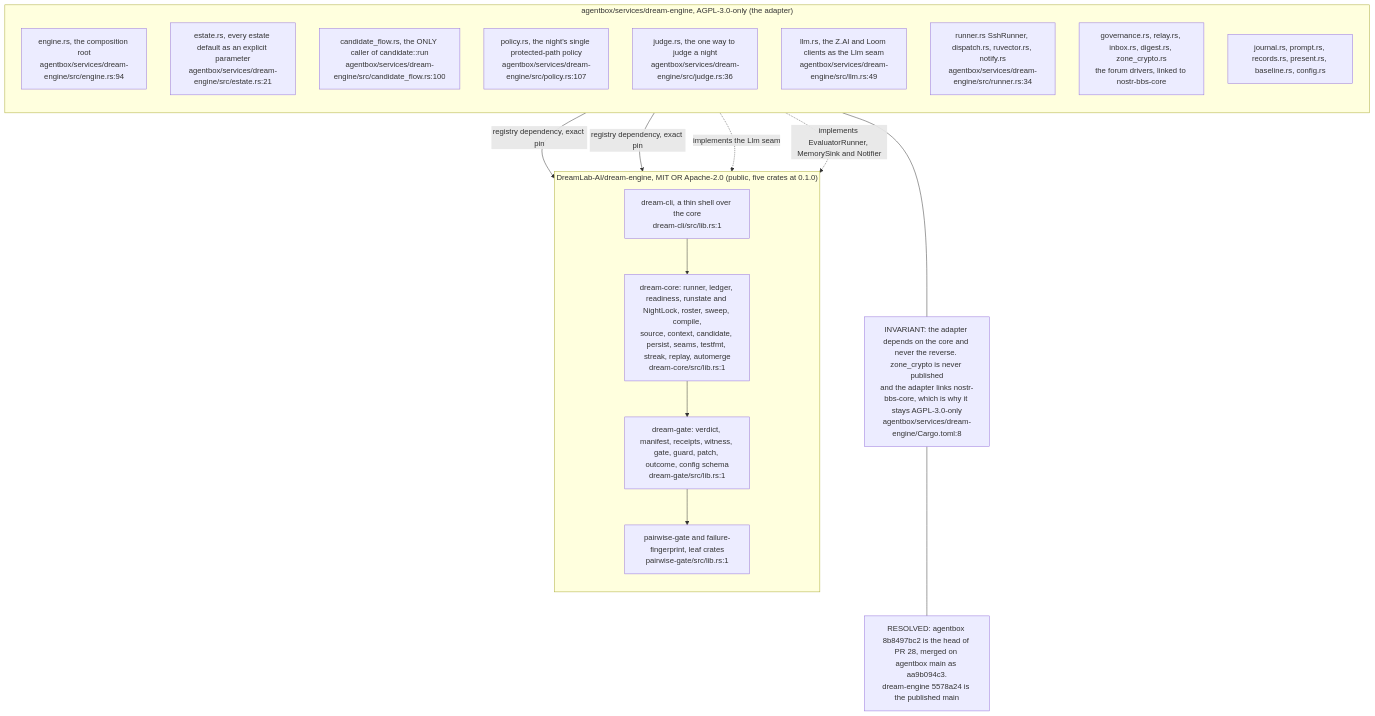
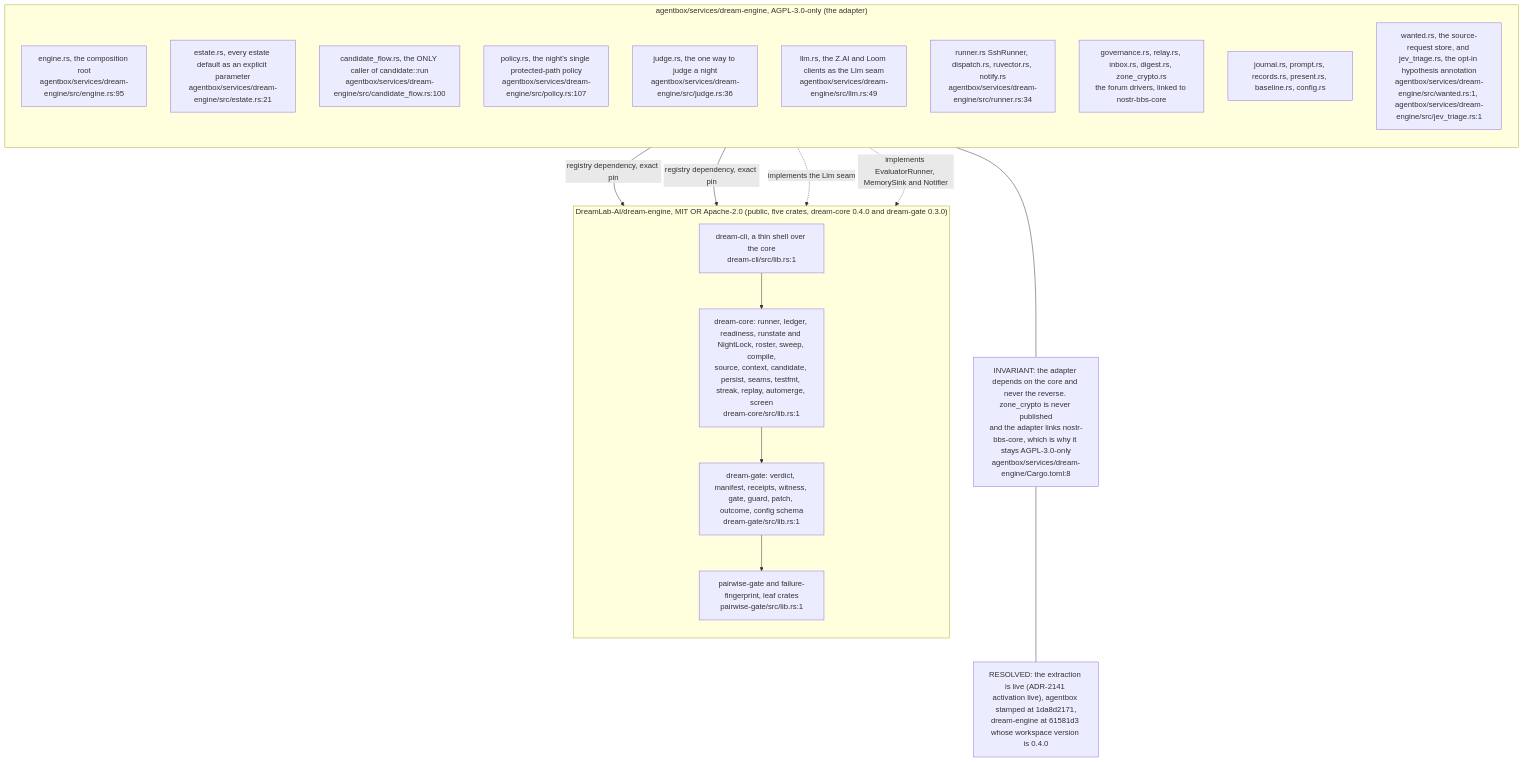
Before and after one commit to DreamLab-AI/VisionFlow: the third of 22 diagrams in docs/diagrams/agentbox/23-dream-engine.md, drawn with Mermaid. The commit also changed other lines of this file and 160 other files, not shown here.

````diff
--- a/docs/diagrams/agentbox/23-dream-engine.md
+++ b/docs/diagrams/agentbox/23-dream-engine.md
@@ -229,33 +240,34 @@
 ```mermaid
 flowchart TB
     subgraph adapter["agentbox/services/dream-engine, AGPL-3.0-only (the adapter)"]
         direction TB
-        E1["engine.rs, the composition root<br/>agentbox/services/dream-engine/src/engine.rs:94"]
+        E1["engine.rs, the composition root<br/>agentbox/services/dream-engine/src/engine.rs:95"]
         E2["estate.rs, every estate default as an explicit parameter<br/>agentbox/services/dream-engine/src/estate.rs:21"]
         E3["candidate_flow.rs, the ONLY caller of candidate::run<br/>agentbox/services/dream-engine/src/candidate_flow.rs:100"]
         E4["policy.rs, the night's single protected-path policy<br/>agentbox/services/dream-engine/src/policy.rs:107"]
         E5["judge.rs, the one way to judge a night<br/>agentbox/services/dream-engine/src/judge.rs:36"]
         E6["llm.rs, the Z.AI and Loom clients as the Llm seam<br/>agentbox/services/dream-engine/src/llm.rs:49"]
         E7["runner.rs SshRunner, dispatch.rs, ruvector.rs, notify.rs<br/>agentbox/services/dream-engine/src/runner.rs:34"]
         E8["governance.rs, relay.rs, inbox.rs, digest.rs, zone_crypto.rs<br/>the forum drivers, linked to nostr-bbs-core"]
         E9["journal.rs, prompt.rs, records.rs, present.rs, baseline.rs, config.rs"]
+        E10["wanted.rs, the source-request store, and jev_triage.rs, the opt-in hypothesis annotation<br/>agentbox/services/dream-engine/src/wanted.rs:1, agentbox/services/dream-engine/src/jev_triage.rs:1"]
     end
-    subgraph core["DreamLab-AI/dream-engine, MIT OR Apache-2.0 (public, five crates at 0.1.0)"]
+    subgraph core["DreamLab-AI/dream-engine, MIT OR Apache-2.0 (public, five crates, dream-core 0.4.0 and dream-gate 0.3.0)"]
         direction TB
-        C1["dream-core: runner, ledger, readiness, runstate and NightLock, roster, sweep, compile,<br/>source, context, candidate, persist, seams, testfmt, streak, replay, automerge<br/>dream-core/src/lib.rs:1"]
+        C1["dream-core: runner, ledger, readiness, runstate and NightLock, roster, sweep, compile,<br/>source, context, candidate, persist, seams, testfmt, streak, replay, automerge, screen<br/>dream-core/src/lib.rs:1"]
         C2["dream-gate: verdict, manifest, receipts, witness, gate, guard, patch, outcome, config schema<br/>dream-gate/src/lib.rs:1"]
         C3["pairwise-gate and failure-fingerprint, leaf crates<br/>pairwise-gate/src/lib.rs:1"]
         C4["dream-cli, a thin shell over the core<br/>dream-cli/src/lib.rs:1"]
     end
     E1 -->|"registry dependency, exact pin"| C1
     E1 -->|"registry dependency, exact pin"| C2
     C1 --> C2
     C2 --> C3
     C4 --> C1
     E6 -.->|"implements the Llm seam"| C1
     E7 -.->|"implements EvaluatorRunner, MemorySink and Notifier"| C1
     BARRIER["INVARIANT: the adapter depends on the core and never the reverse. zone_crypto is never published<br/>and the adapter links nostr-bbs-core, which is why it stays AGPL-3.0-only<br/>agentbox/services/dream-engine/Cargo.toml:8"]
     E8 --- BARRIER
-    STAMP["RESOLVED: agentbox 8b8497bc2 is the head of PR 28, merged on agentbox main as aa9b094c3.<br/>dream-engine 5578a24 is the published main"]
+    STAMP["RESOLVED: the extraction is live (ADR-2141 activation live), agentbox stamped at 1da8d2171,<br/>dream-engine at 61581d3 whose workspace version is 0.4.0"]
     BARRIER --- STAMP
 ```
````
